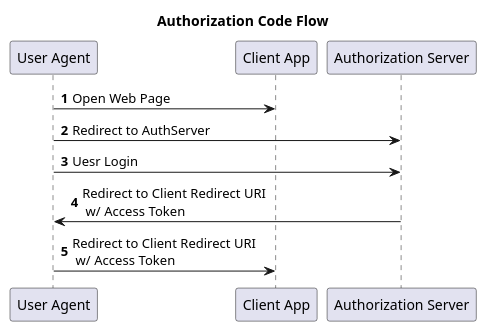
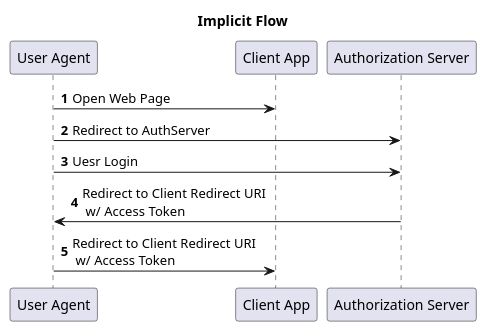
One commit to xinghua24/xinghua24.github.io changed the diagram in Security/OAuth2/Implicit.puml. Above: the diagram before and after it, drawn with PlantUML. The commit also changed 6 other files, not shown here.

```diff
--- a/Security/OAuth2/Implicit.puml
+++ b/Security/OAuth2/Implicit.puml
@@ -1,17 +1,17 @@
 @startuml
 autonumber
-title "Authorization Code Flow"
+title "Implicit Flow"
 
 participant "User Agent" as UserAgent
 participant "Client App" as Client
 participant "Authorization Server" as AuthServer
 
 
 UserAgent -> Client : Open Web Page
 UserAgent -> AuthServer : Redirect to AuthServer
 
 UserAgent -> AuthServer : Uesr Login
 AuthServer -> UserAgent : Redirect to Client Redirect URI \n w/ Access Token
 
 UserAgent -> Client: Redirect to Client Redirect URI \n w/ Access Token
 @enduml
```
